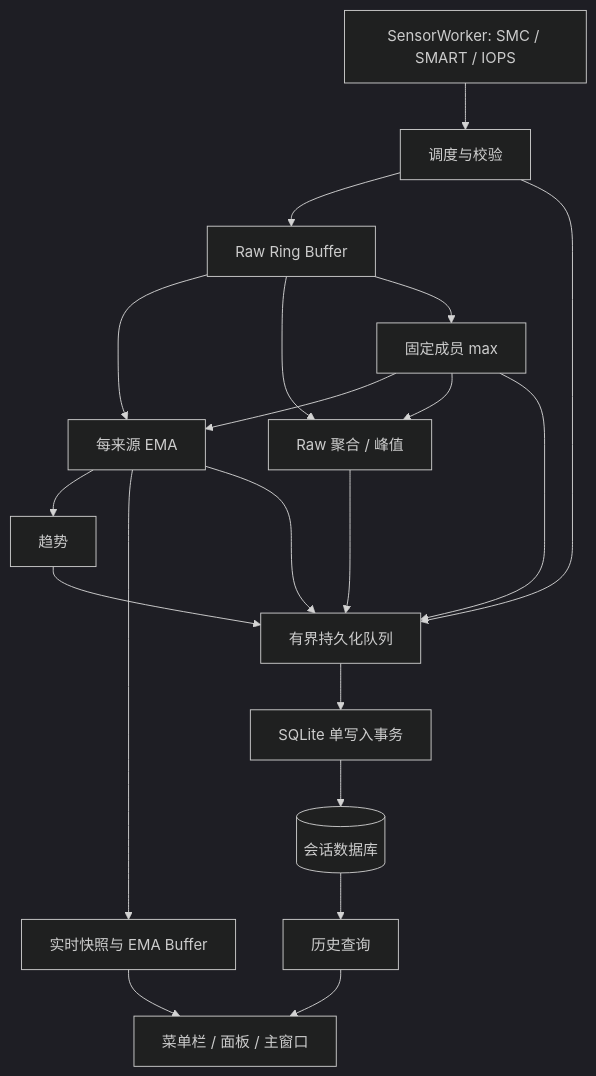
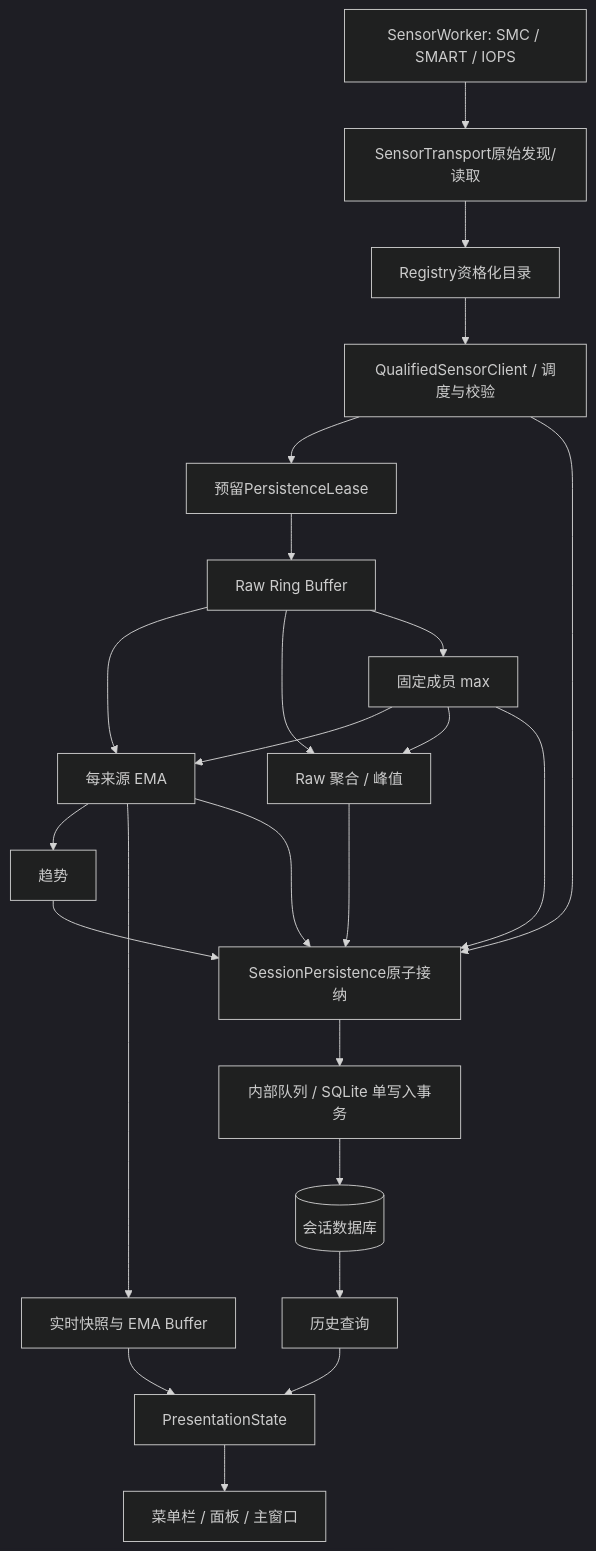
One commit to sisyphe550/Temperature-monitoring changed the diagram in docs/02-architecture.md. Above: the diagram before and after it, drawn with Mermaid (dark theme). The commit also changed other lines of this file and 15 other files, not shown here.

````diff
--- a/docs/02-architecture.md
+++ b/docs/02-architecture.md
@@ -15,22 +15,26 @@
 ```mermaid
 flowchart TD
-    H[SensorWorker: SMC / SMART / IOPS] --> S[调度与校验]
-    S --> R[Raw Ring Buffer]
+    H[SensorWorker: SMC / SMART / IOPS] --> ST[SensorTransport原始发现/读取]
+    ST --> C[Registry资格化目录]
+    C --> S[QualifiedSensorClient / 调度与校验]
+    S --> L[预留PersistenceLease]
+    L --> R[Raw Ring Buffer]
     R --> E[每来源 EMA]
     R --> A[Raw 聚合 / 峰值]
     R --> M[固定成员 max]
     M --> E
     M --> A
-    E --> T[趋势]
+    E --> TR[趋势]
     E --> V[实时快照与 EMA Buffer]
-    S --> Q[有界持久化队列]
+    S --> Q[SessionPersistence原子接纳]
     M --> Q
     E --> Q
     A --> Q
-    T --> Q
-    Q --> W[SQLite 单写入事务]
+    TR --> Q
+    Q --> W[内部队列 / SQLite 单写入事务]
     W --> D[(会话数据库)]
     D --> HQ[历史查询]
-    V --> UI[菜单栏 / 面板 / 主窗口]
-    HQ --> UI
+    V --> P[PresentationState]
+    HQ --> P
+    P --> UI[菜单栏 / 面板 / 主窗口]
 ```
````
